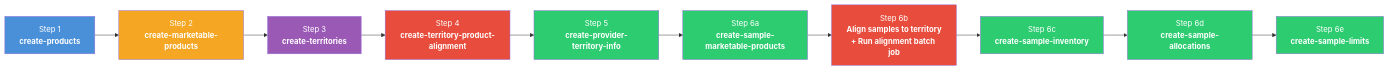
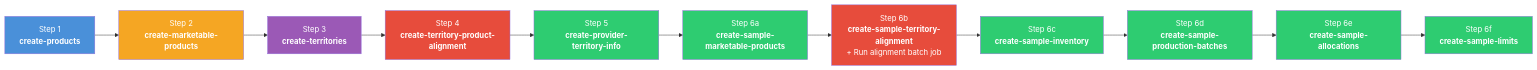
The fifth of 5 diagrams in README-08-Sample-Management-Setup.md (afls-ideas/Multi-Country-Brand-Setup), drawn with Mermaid before and after one commit. The commit also changed other lines of this file and 3 other files, not shown here.

First line of the commit message:
Add sample territory alignment and production batch scripts

````diff
--- a/README-08-Sample-Management-Setup.md
+++ b/README-08-Sample-Management-Setup.md
@@ -495,23 +585,25 @@
 ```mermaid
 flowchart LR
     S1["Step 1<br/><b>create-products</b>"] --> S2["Step 2<br/><b>create-marketable-products</b>"]
     S2 --> S3["Step 3<br/><b>create-territories</b>"]
     S3 --> S4["Step 4<br/><b>create-territory-product-alignment</b>"]
     S4 --> S5["Step 5<br/><b>create-provider-territory-info</b>"]
     S5 --> S6a["Step 6a<br/><b>create-sample-marketable-products</b>"]
-    S6a --> S6b["Step 6b<br/><b>Align samples to territory<br/>+ Run alignment batch job</b>"]
+    S6a --> S6b["Step 6b<br/><b>create-sample-territory-alignment</b><br/>+ Run alignment batch job"]
     S6b --> S6c["Step 6c<br/><b>create-sample-inventory</b>"]
-    S6c --> S6d["Step 6d<br/><b>create-sample-allocations</b>"]
-    S6d --> S6e["Step 6e<br/><b>create-sample-limits</b>"]
+    S6c --> S6d["Step 6d<br/><b>create-sample-production-batches</b>"]
+    S6d --> S6e["Step 6e<br/><b>create-sample-allocations</b>"]
+    S6e --> S6f["Step 6f<br/><b>create-sample-limits</b>"]
 
     style S1 fill:#4a90d9,color:#fff
     style S2 fill:#f5a623,color:#fff
     style S3 fill:#9b59b6,color:#fff
     style S4 fill:#e74c3c,color:#fff
     style S5 fill:#2ecc71,color:#fff
     style S6a fill:#2ecc71,color:#fff
     style S6b fill:#e74c3c,color:#fff
     style S6c fill:#2ecc71,color:#fff
     style S6d fill:#2ecc71,color:#fff
     style S6e fill:#2ecc71,color:#fff
+    style S6f fill:#2ecc71,color:#fff
 ```
````
